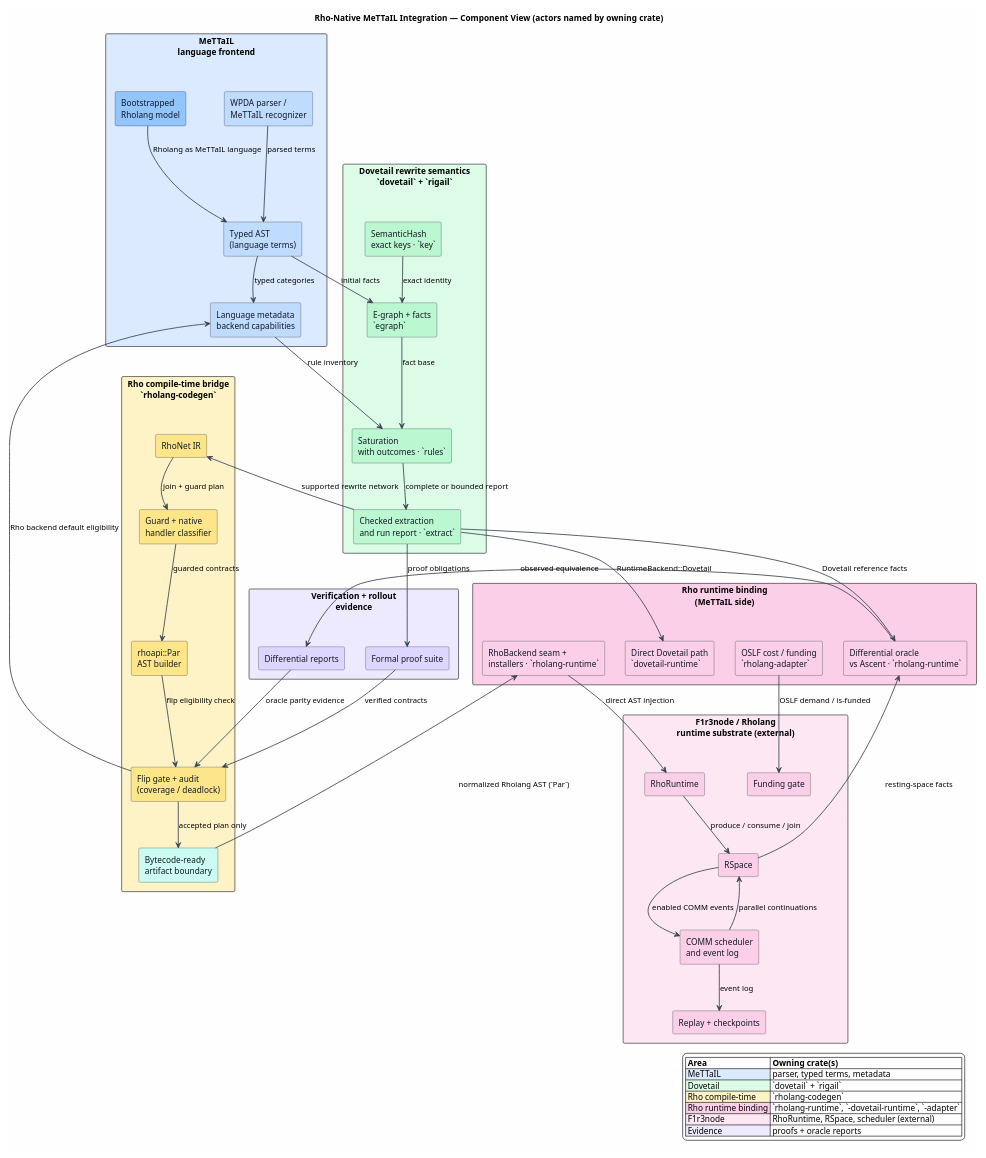
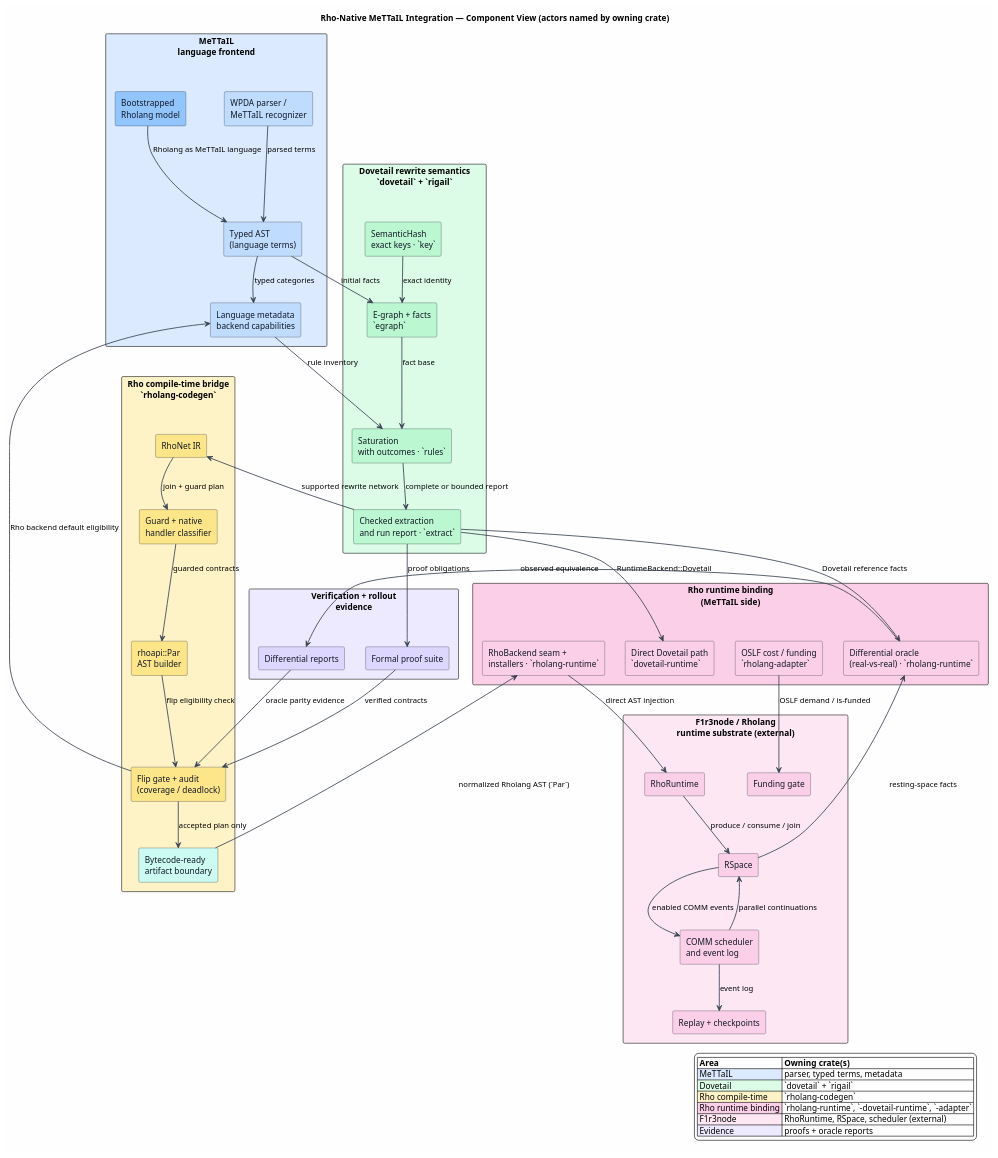
Before and after one commit to F1R3FLY-io/mettail-rust: the diagram in docs/architecture/rho-native-integration/figures/README.puml, drawn with PlantUML. The commit also changed 36 other files, not shown here.

```diff
--- a/docs/architecture/rho-native-integration/figures/README.puml
+++ b/docs/architecture/rho-native-integration/figures/README.puml
@@ -1,94 +1,94 @@
 @startuml
 title Rho-Native MeTTaIL Integration — Component View (actors named by owning crate)
 
 skinparam backgroundColor #FEFEFE
 skinparam componentStyle rectangle
 skinparam shadowing false
 skinparam ArrowColor #374151
 skinparam ArrowThickness 1.4
 skinparam component {
   BorderColor #1F2937
   FontColor #111827
 }
 
 rectangle "MeTTaIL\nlanguage frontend" as M #DBEAFE {
   component "WPDA parser /\nMeTTaIL recognizer" as Parser #BFDBFE
   component "Typed AST\n(language terms)" as AST #BFDBFE
   component "Language metadata\nbackend capabilities" as Metadata #BFDBFE
   component "Bootstrapped\nRholang model" as RhoModel #93C5FD
 }
 
 rectangle "Dovetail rewrite semantics\n`dovetail` + `rigail`" as D #DCFCE7 {
   component "SemanticHash\nexact keys · `key`" as Keys #BBF7D0
   component "E-graph + facts\n`egraph`" as EGraph #BBF7D0
   component "Saturation\nwith outcomes · `rules`" as Saturation #BBF7D0
   component "Checked extraction\nand run report · `extract`" as Report #BBF7D0
 }
 
 rectangle "Rho compile-time bridge\n`rholang-codegen`" as B #FEF3C7 {
   component "RhoNet IR" as RhoNet #FDE68A
   component "Guard + native\nhandler classifier" as Guards #FDE68A
   component "rhoapi::Par\nAST builder" as AstBuilder #FDE68A
   component "Flip gate + audit\n(coverage / deadlock)" as Gate #FDE68A
   component "Bytecode-ready\nartifact boundary" as Artifact #CCFBF1
 }
 
 rectangle "Rho runtime binding\n(MeTTaIL side)" as R #FBCFE8 {
   component "RhoBackend seam +\ninstallers · `rholang-runtime`" as Seam #FBCFE8
-  component "Differential oracle\nvs Ascent · `rholang-runtime`" as Oracle #FBCFE8
+  component "Differential oracle\n(real-vs-real) · `rholang-runtime`" as Oracle #FBCFE8
   component "Direct Dovetail path\n`dovetail-runtime`" as DirectPath #FBCFE8
   component "OSLF cost / funding\n`rholang-adapter`" as Cost #FBCFE8
 }
 
 rectangle "F1r3node / Rholang\nruntime substrate (external)" as F #FCE7F3 {
   component "RhoRuntime" as Runtime #FBCFE8
   component "RSpace" as RSpace #FBCFE8
   component "COMM scheduler\nand event log" as Scheduler #FBCFE8
   component "Replay + checkpoints" as Replay #FBCFE8
   component "Funding gate" as Funding #FBCFE8
 }
 
 rectangle "Verification + rollout\nevidence" as V #EDE9FE {
   component "Formal proof suite" as Formal #DDD6FE
   component "Differential reports" as Diff #DDD6FE
 }
 
 Parser --> AST : parsed terms
 AST --> Metadata : typed categories
 RhoModel --> AST : Rholang as MeTTaIL language
 AST --> EGraph : initial facts
 Metadata --> Saturation : rule inventory
 Keys --> EGraph : exact identity
 EGraph --> Saturation : fact base
 Saturation --> Report : complete or bounded report
 Report --> RhoNet : supported rewrite network
 RhoNet --> Guards : join + guard plan
 Guards --> AstBuilder : guarded contracts
 AstBuilder --> Gate : flip eligibility check
 Gate --> Artifact : accepted plan only
 Artifact --> Seam : normalized Rholang AST (`Par`)
 Report --> DirectPath : RuntimeBackend::Dovetail
 Seam --> Runtime : direct AST injection
 Runtime --> RSpace : produce / consume / join
 RSpace --> Scheduler : enabled COMM events
 Scheduler --> RSpace : parallel continuations
 Scheduler --> Replay : event log
 Cost --> Funding : OSLF demand / is-funded
 RSpace --> Oracle : resting-space facts
 Report --> Oracle : Dovetail reference facts
 Oracle --> Diff : observed equivalence
 Report --> Formal : proof obligations
 Formal --> Gate : verified contracts
 Diff --> Gate : oracle parity evidence
 Gate --> Metadata : Rho backend default eligibility
 
 legend right
 |= Area |= Owning crate(s) |
 |<#DBEAFE> MeTTaIL | parser, typed terms, metadata |
 |<#DCFCE7> Dovetail | `dovetail` + `rigail` |
 |<#FEF3C7> Rho compile-time | `rholang-codegen` |
 |<#FBCFE8> Rho runtime binding | `rholang-runtime`, `-dovetail-runtime`, `-adapter` |
 |<#FCE7F3> F1r3node | RhoRuntime, RSpace, scheduler (external) |
 |<#EDE9FE> Evidence | proofs + oracle reports |
 endlegend
 @enduml
```
